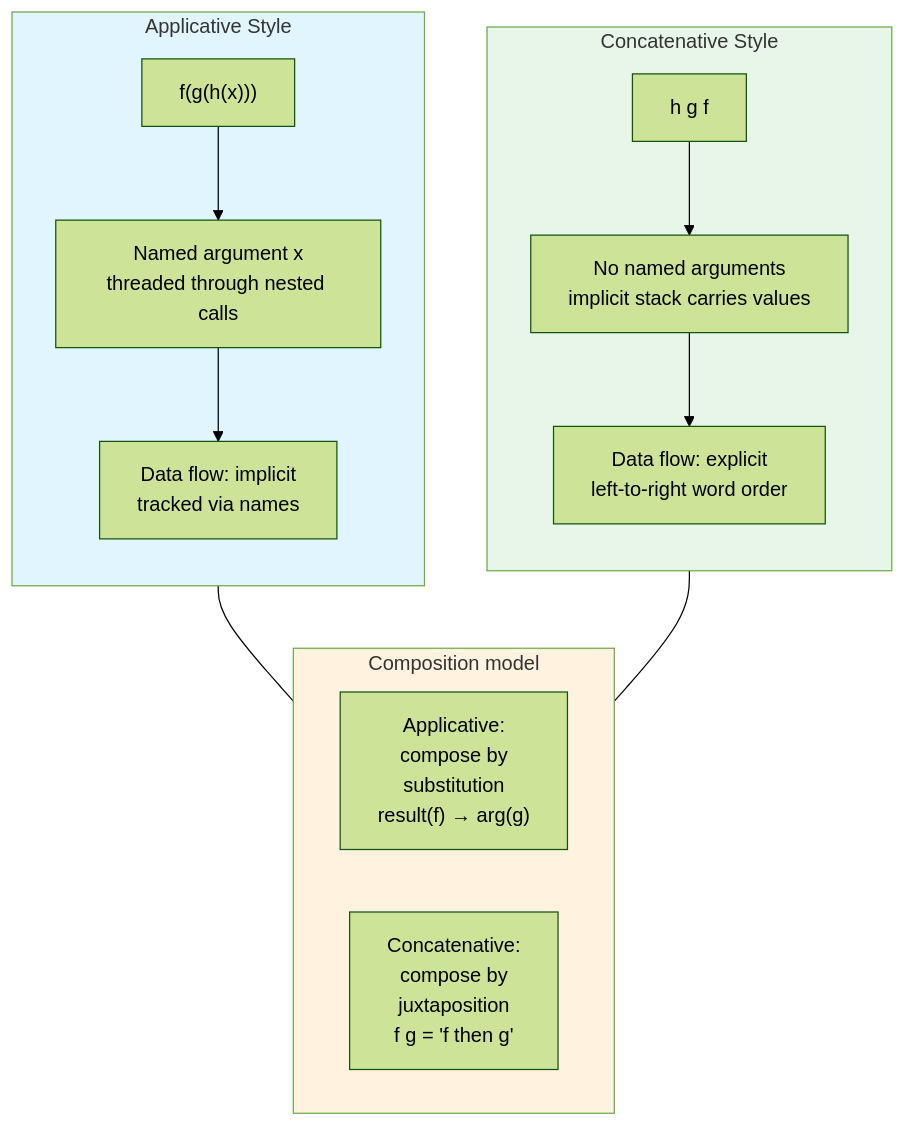
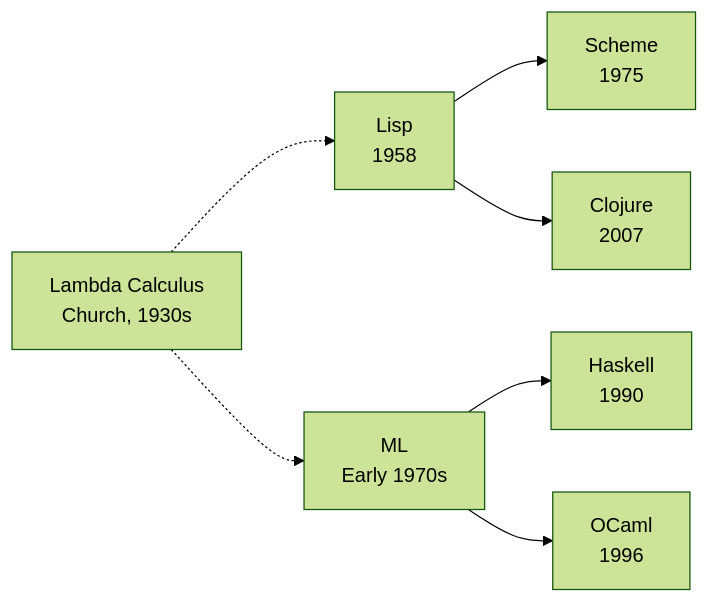
Before and after one commit to akardapolov/software-atlas: the third of 4 diagrams in docs/topics/concepts/paradigms/index.md, drawn with Mermaid (forest theme). The commit also changed other lines of this file, not shown here.

````diff
--- a/docs/topics/concepts/paradigms/index.md
+++ b/docs/topics/concepts/paradigms/index.md
@@ -878,31 +1112,17 @@
 ```mermaid
-flowchart TD
-    subgraph APP ["Applicative Style"]
-        direction TB
-        A1["f(g(h(x)))"]
-        A2["Named argument x<br/>threaded through nested calls"]
-        A3["Data flow: implicit<br/>tracked via names"]
-        A1 --> A2 --> A3
-    end
+flowchart LR
+    Church["Lambda Calculus<br/>Church, 1930s"]
+    Lisp["Lisp<br/>1958"]
+    Scheme["Scheme<br/>1975"]
+    ML["ML<br/>Early 1970s"]
+    Haskell["Haskell<br/>1990"]
+    OCaml["OCaml<br/>1996"]
+    Clojure["Clojure<br/>2007"]
 
-    subgraph CAT ["Concatenative Style"]
-        direction TB
-        C1["h g f"]
-        C2["No named arguments<br/>implicit stack carries values"]
-        C3["Data flow: explicit<br/>left-to-right word order"]
-        C1 --> C2 --> C3
-    end
-
-    subgraph COMP ["Composition model"]
-        direction LR
-        AP["Applicative:<br/>compose by<br/>substitution<br/>result(f) → arg(g)"]
-        CP["Concatenative:<br/>compose by<br/>juxtaposition<br/>f g = 'f then g'"]
-    end
-
-    APP --- COMP
-    CAT --- COMP
-
-    style APP fill:#e1f5fe
-    style CAT fill:#e8f5e9
-    style COMP fill:#fff3e0
+    Church -.-> Lisp
+    Church -.-> ML
+    Lisp --> Scheme
+    Lisp --> Clojure
+    ML --> Haskell
+    ML --> OCaml
 ```
````
